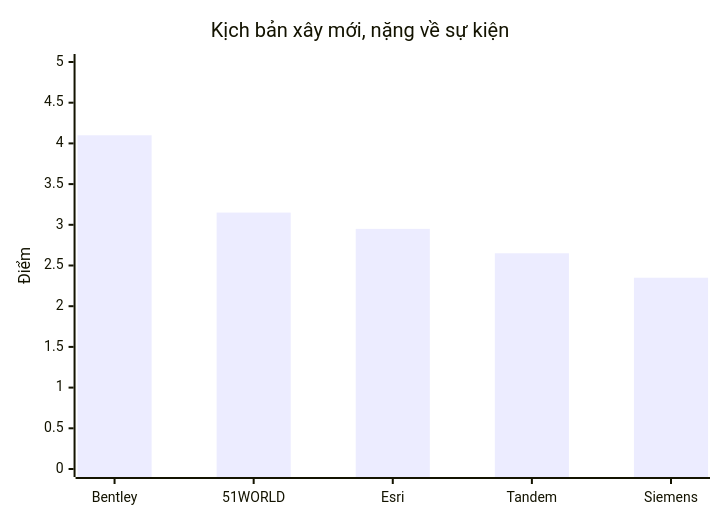
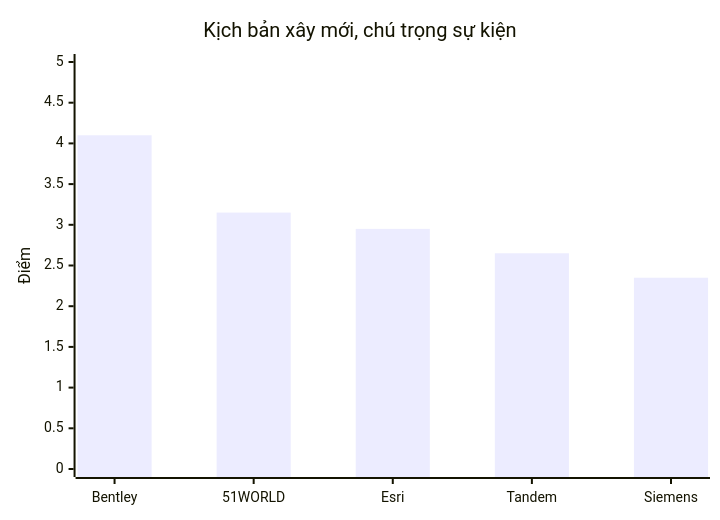
One commit to hoangtrunghieu0025-lab/internship_report changed the sixth of 11 diagrams in bao-cao-benchmark-tong-hop-5-he-sinh-thai.md. Above: the diagram before and after it, drawn with Mermaid. The commit also changed other lines of this file, not shown here.

````diff
--- a/bao-cao-benchmark-tong-hop-5-he-sinh-thai.md
+++ b/bao-cao-benchmark-tong-hop-5-he-sinh-thai.md
@@ -257,7 +257,7 @@
 ```mermaid
 xychart-beta
-    title "Kịch bản xây mới, nặng về sự kiện"
+    title "Kịch bản xây mới, chú trọng sự kiện"
     x-axis ["Bentley", "51WORLD", "Esri", "Tandem", "Siemens"]
     y-axis "Điểm" 0 --> 5
     bar [4.10, 3.15, 2.95, 2.65, 2.35]
 ```
````
